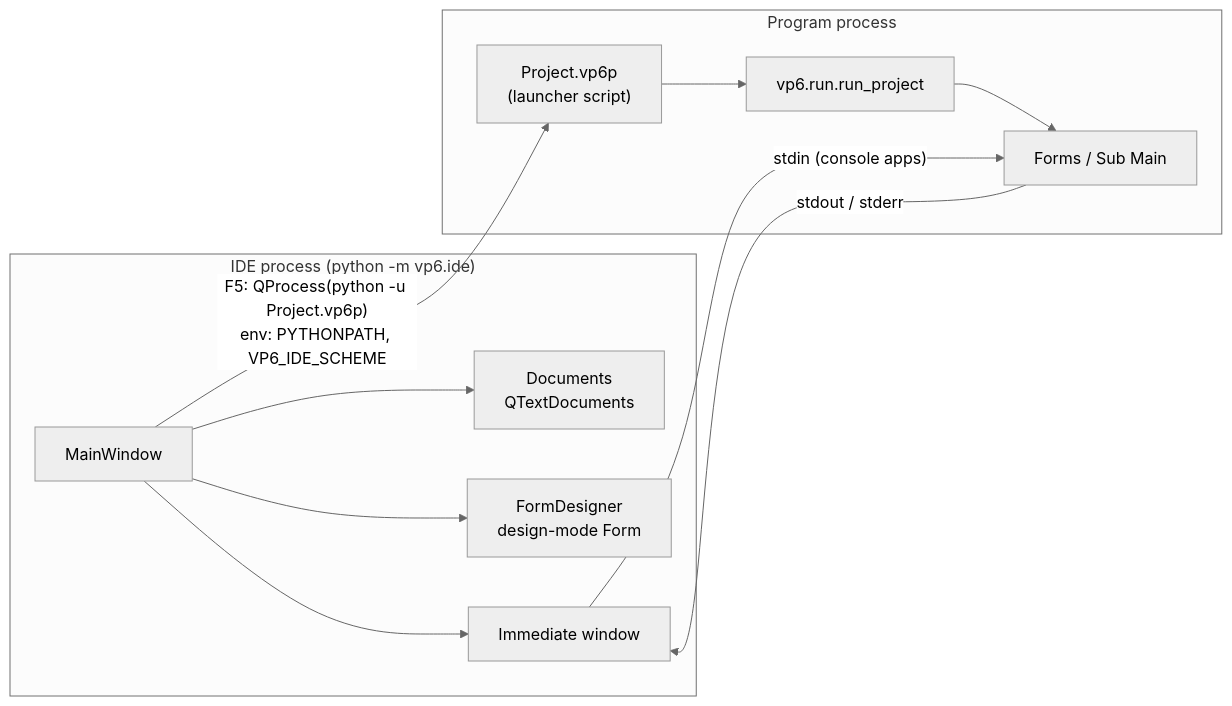
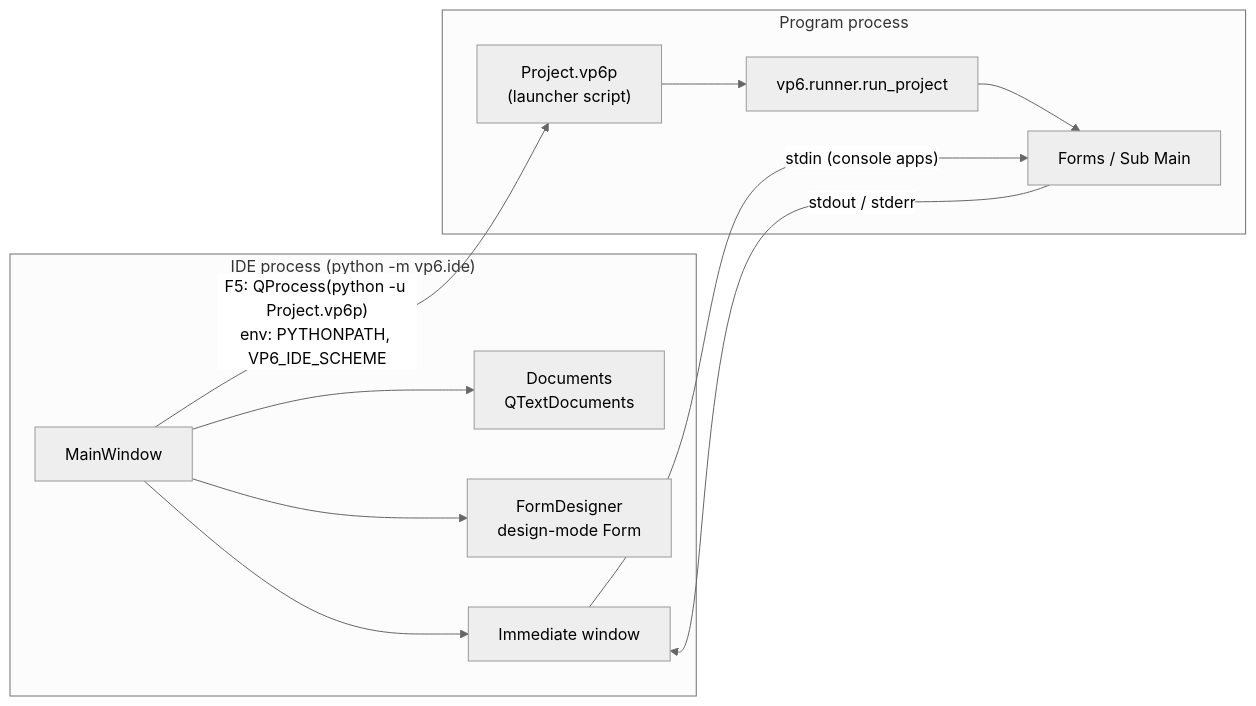
The first of 5 diagrams in docs/architecture.md (frackietv/vp6), drawn with Mermaid (neutral theme) before and after one commit. The commit also changed other lines of this file and 29 other files, not shown here.

````diff
--- a/docs/architecture.md
+++ b/docs/architecture.md
@@ -69,15 +72,15 @@
 ```mermaid
 flowchart LR
     subgraph IDE["IDE process (python -m vp6.ide)"]
         MW[MainWindow] --> Docs[Documents<br/>QTextDocuments]
         MW --> Des[FormDesigner<br/>design-mode Form]
         MW --> Imm[Immediate window]
     end
     subgraph Prog["Program process"]
-        Script["Project.vp6p<br/>(launcher script)"] --> Run[vp6.run.run_project]
+        Script["Project.vp6p<br/>(launcher script)"] --> Run[vp6.runner.run_project]
         Run --> Forms[Forms / Sub Main]
     end
     MW -- "F5: QProcess(python -u Project.vp6p)<br/>env: PYTHONPATH, VP6_IDE_SCHEME" --> Script
     Forms -- "stdout / stderr" --> Imm
     Imm -- "stdin (console apps)" --> Forms
 ```
````
